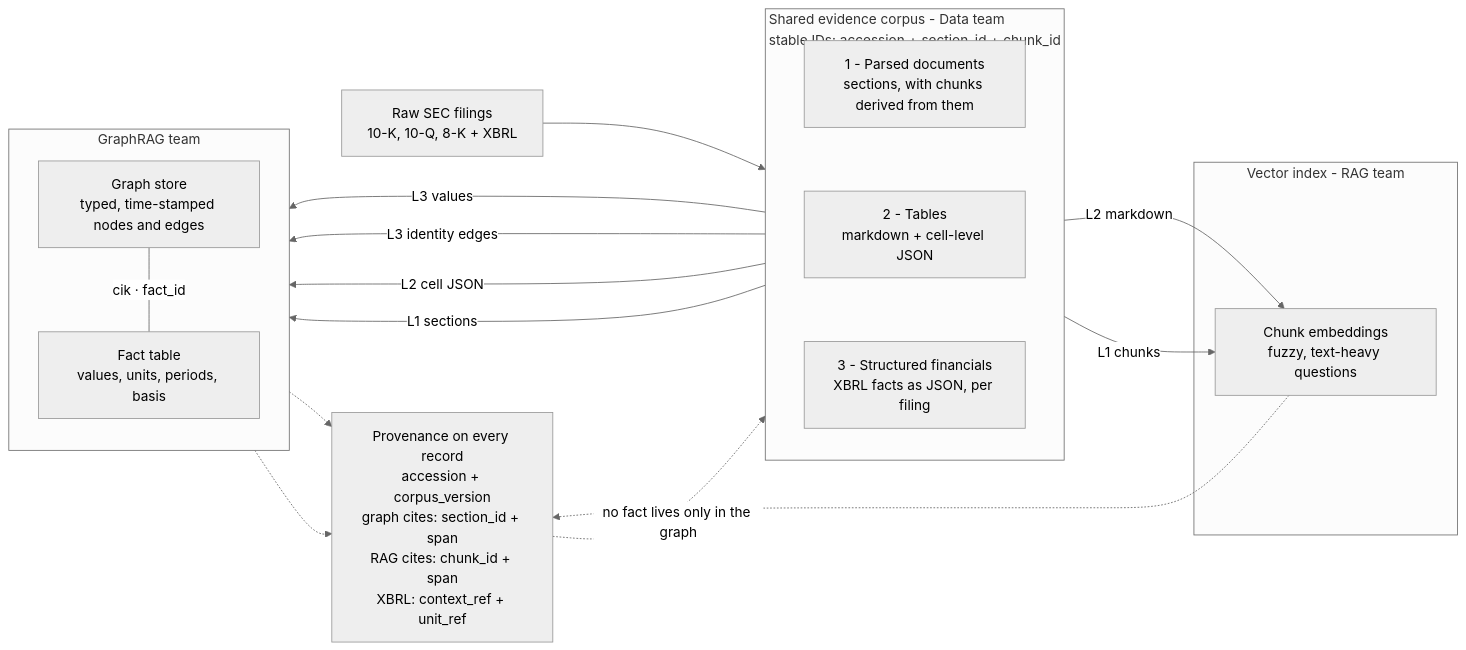
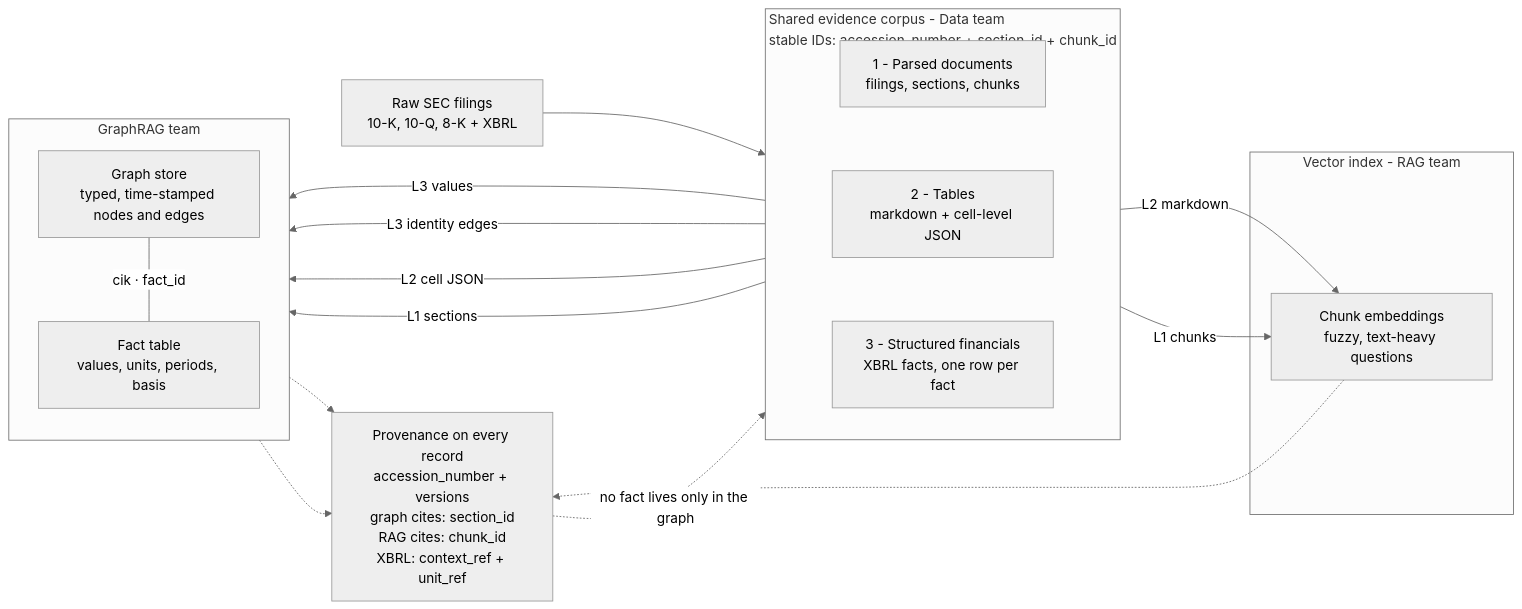
Before and after one commit to ZiyiClaudiaWang/KPMG-GraphRAG: the diagram in docs/data-contract.md, drawn with Mermaid (neutral theme). The commit also changed other lines of this file and 2 other files, not shown here.

First line of the commit message:
Rewrite the data contract in RAG's vocabulary, add section-vocabulary doc

````diff
--- a/docs/data-contract.md
+++ b/docs/data-contract.md
@@ -18,37 +15,37 @@
 ```mermaid
 flowchart LR
   RAW["Raw SEC filings<br>10-K, 10-Q, 8-K + XBRL"]
 
-  subgraph CORPUS["Shared evidence corpus - Data team<br>stable IDs: accession + section_id + chunk_id"]
+  subgraph CORPUS["Shared evidence corpus - Data team<br>stable IDs: accession_number + section_id + chunk_id"]
     direction TB
-    L1["1 - Parsed documents<br>sections, with chunks derived from them"]
+    L1["1 - Parsed documents<br>filings, sections, chunks"]
     L2["2 - Tables<br>markdown + cell-level JSON"]
-    L3["3 - Structured financials<br>XBRL facts as JSON, per filing"]
+    L3["3 - Structured financials<br>XBRL facts, one row per fact"]
     L1 ~~~ L2 ~~~ L3
   end
 
   subgraph VEC["Vector index - RAG team"]
     V["Chunk embeddings<br>fuzzy, text-heavy questions"]
   end
 
   subgraph KG["GraphRAG team"]
     direction TB
     G["Graph store<br>typed, time-stamped nodes and edges"]
     F["Fact table<br>values, units, periods, basis"]
     G ---|"cik · fact_id"| F
   end
 
   RAW --> CORPUS
   L1 -->|"L1 sections"| G
   L2 -->|"L2 cell JSON"| G
   L3 -->|"L3 identity edges"| G
   L3 -->|"L3 values"| F
   L1 -->|"L1 chunks"| V
   L2 -->|"L2 markdown"| V
 
-  PROV["Provenance on every record<br>accession + corpus_version<br>graph cites: section_id + span<br>RAG cites: chunk_id + span<br>XBRL: context_ref + unit_ref"]
+  PROV["Provenance on every record<br>accession_number + versions<br>graph cites: section_id<br>RAG cites: chunk_id<br>XBRL: context_ref + unit_ref"]
   V -.-> PROV
   G -.-> PROV
   F -.-> PROV
   PROV -.->|"no fact lives only in the graph"| CORPUS
 ```
````
